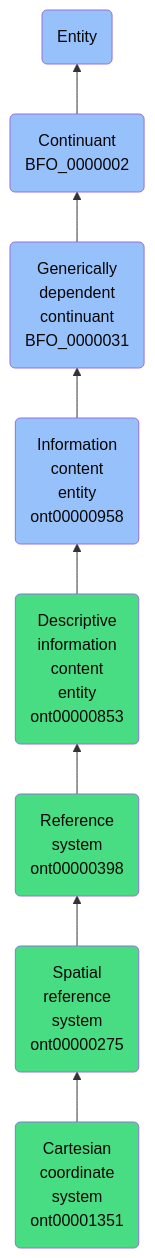
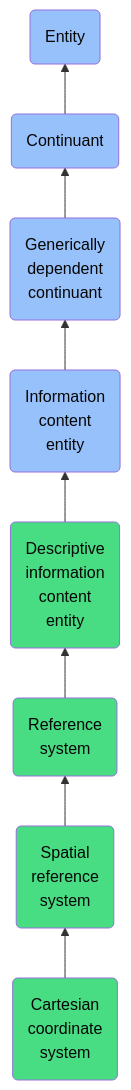
The diagram in docs/ontology/reference/model/Entity/Continuant/Generically dependent continuant/Information content entity/Descriptive information content entity/Reference system/Spatial reference system/Cartesian coordinate system/Cartesian coordinate system.md (jupyter-naas/abi), drawn with Mermaid before and after one commit. The commit also changed other lines of this file and 1430 other files, not shown here.

````diff
--- a/docs/ontology/reference/model/Entity/Continuant/Generically dependent continuant/Information content entity/Descriptive information content entity/Reference system/Spatial reference system/Cartesian coordinate system/Cartesian coordinate system.md
+++ b/docs/ontology/reference/model/Entity/Continuant/Generically dependent continuant/Information content entity/Descriptive information content entity/Reference system/Spatial reference system/Cartesian coordinate system/Cartesian coordinate system.md
@@ -24,15 +24,15 @@
 ```mermaid
 graph BT
-    ont00001351(Cartesian<br>coordinate<br>system<br>ont00001351):::ABI-->ont00000275
-    ont00000275(Spatial<br>reference<br>system<br>ont00000275):::ABI-->ont00000398
-    ont00000398(Reference<br>system<br>ont00000398):::ABI-->ont00000853
-    ont00000853(Descriptive<br>information<br>content<br>entity<br>ont00000853):::ABI-->ont00000958
-    ont00000958(Information<br>content<br>entity<br>ont00000958):::BFO-->BFO_0000031
-    BFO_0000031(Generically<br>dependent<br>continuant<br>BFO_0000031):::BFO-->BFO_0000002
-    BFO_0000002(Continuant<br>BFO_0000002):::BFO-->BFO_0000001
+    ont00001351(Cartesian<br>coordinate<br>system):::ABI-->ont00000275
+    ont00000275(Spatial<br>reference<br>system):::ABI-->ont00000398
+    ont00000398(Reference<br>system):::ABI-->ont00000853
+    ont00000853(Descriptive<br>information<br>content<br>entity):::ABI-->ont00000958
+    ont00000958(Information<br>content<br>entity):::BFO-->BFO_0000031
+    BFO_0000031(Generically<br>dependent<br>continuant):::BFO-->BFO_0000002
+    BFO_0000002(Continuant):::BFO-->BFO_0000001
     BFO_0000001(Entity):::BFO
     
     classDef BFO fill:#97c1fb,color:#060606
     classDef CCO fill:#e4c51e,color:#060606
     classDef ABI fill:#48DD82,color:#060606
 ```
````
